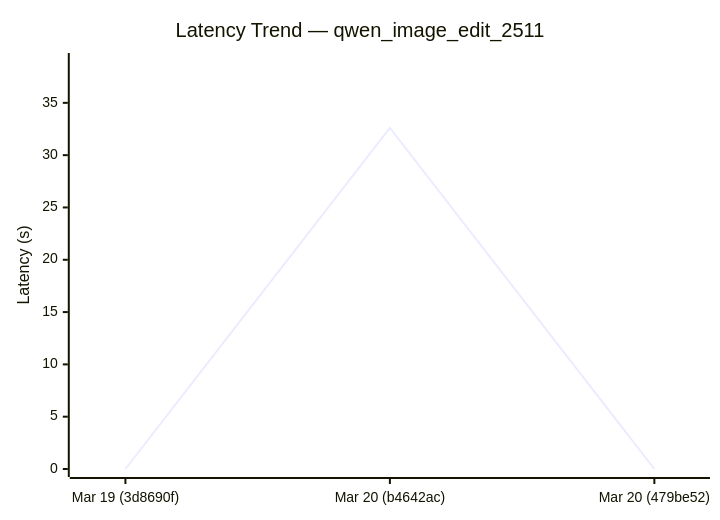
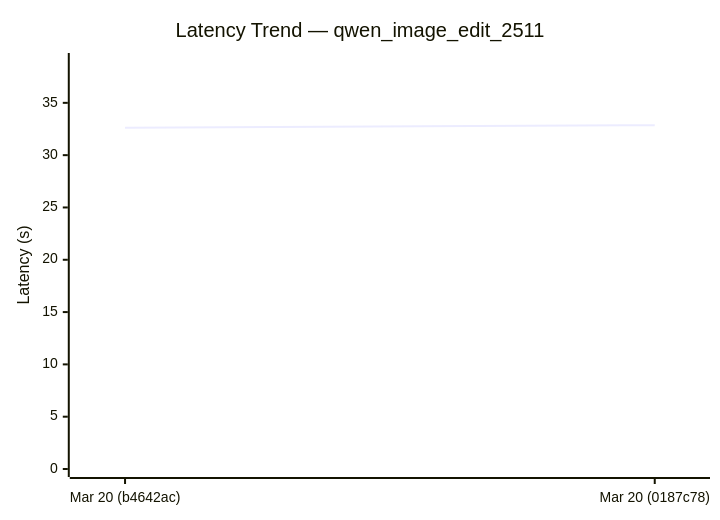
One commit to sglang-bot/sglang-ci-data changed the third of 6 diagrams in diffusion-comparisons/dashboard.md. Above: the diagram before and after it, drawn with Mermaid. The commit also changed other lines of this file and 1 other file, not shown here.

````diff
--- a/diffusion-comparisons/dashboard.md
+++ b/diffusion-comparisons/dashboard.md
@@ -68,7 +56,7 @@
 ```mermaid
 xychart-beta
   title "Latency Trend — qwen_image_edit_2511"
-  x-axis ["Mar 19 (3d8690f)", "Mar 20 (b4642ac)", "Mar 20 (479be52)"]
+  x-axis ["Mar 20 (b4642ac)", "Mar 20 (0187c78)"]
   y-axis "Latency (s)" 0 --> 39
-  line [0.00, 32.61, 0.00]
+  line [32.61, 32.87]
 ```
````
